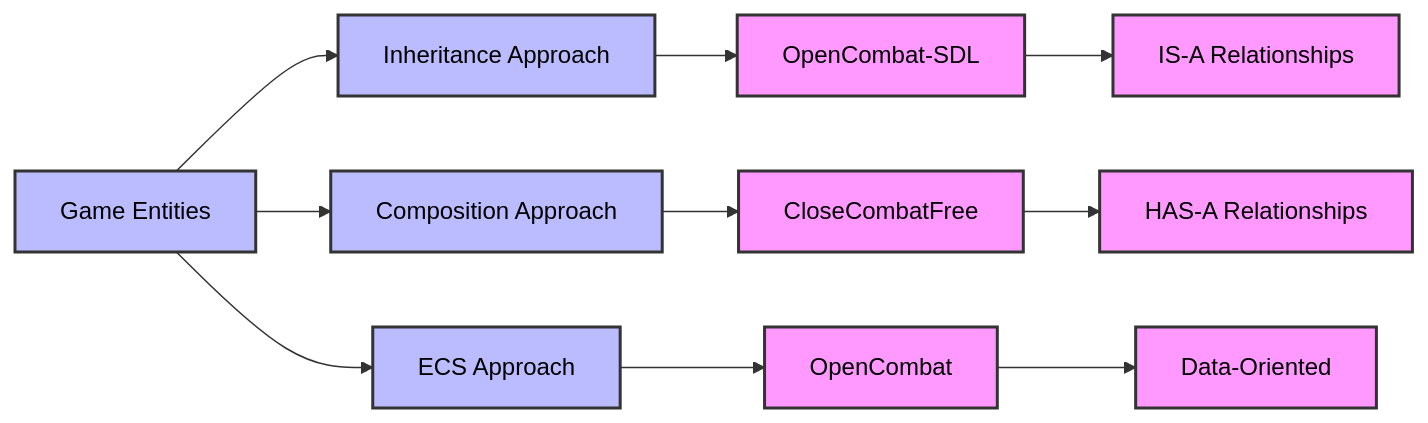
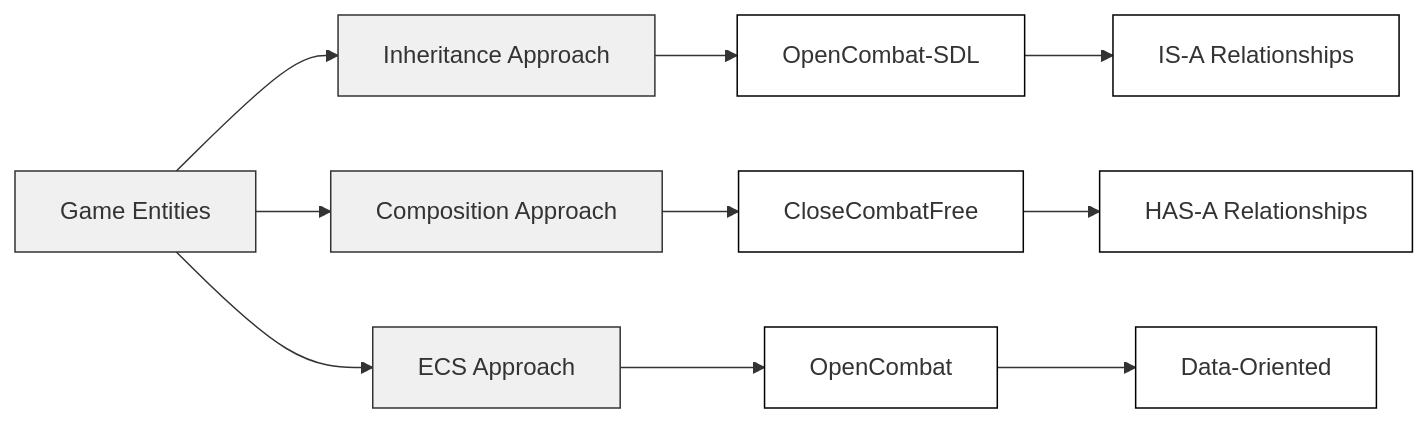
The first of 8 diagrams in appendix_b_unit_attribute_systems.md (jukofyork/close-combat-architecture-study), drawn with Mermaid before and after one commit. The commit also changed other lines of this file and 15 other files, not shown here.

````diff
--- a/appendix_b_unit_attribute_systems.md
+++ b/appendix_b_unit_attribute_systems.md
@@ -21,18 +21,18 @@
 ```mermaid
 flowchart LR
     A["Game Entities"] --> B["Inheritance Approach"]
     A --> C["Composition Approach"]
     A --> D["ECS Approach"]
 
     B --> E["OpenCombat-SDL"]
     C --> F["CloseCombatFree"]
     D --> G["OpenCombat"]
 
     E --> H["IS-A Relationships"]
     F --> I["HAS-A Relationships"]
     G --> J["Data-Oriented"]
 
-    classDef default fill:#f9f,stroke:#333,stroke-width:2px,color:#000
-    classDef highlight fill:#bbf,stroke:#333,stroke-width:2px,color:#000
-    class A,B,C,D highlight
+    classDef default fill:#fff,stroke:#000,stroke-width:1px
+    classDef light fill:#f0f0f0,stroke:#333,stroke-width:1px
+    class A,B,C,D light
 ```
````
